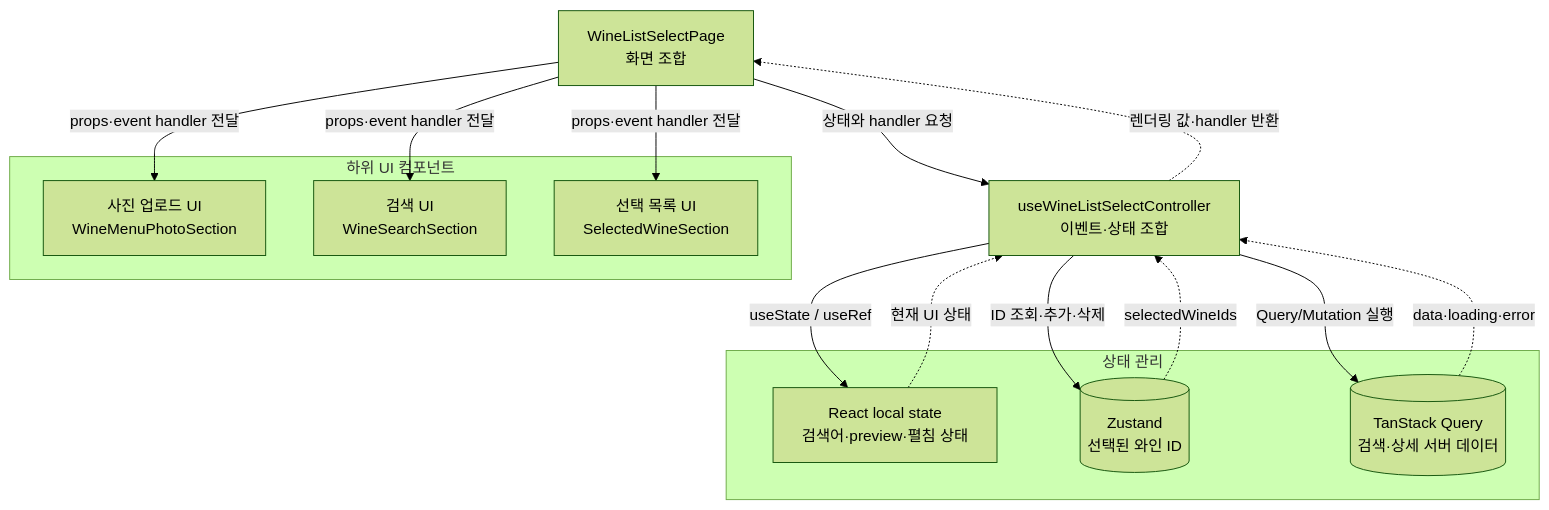
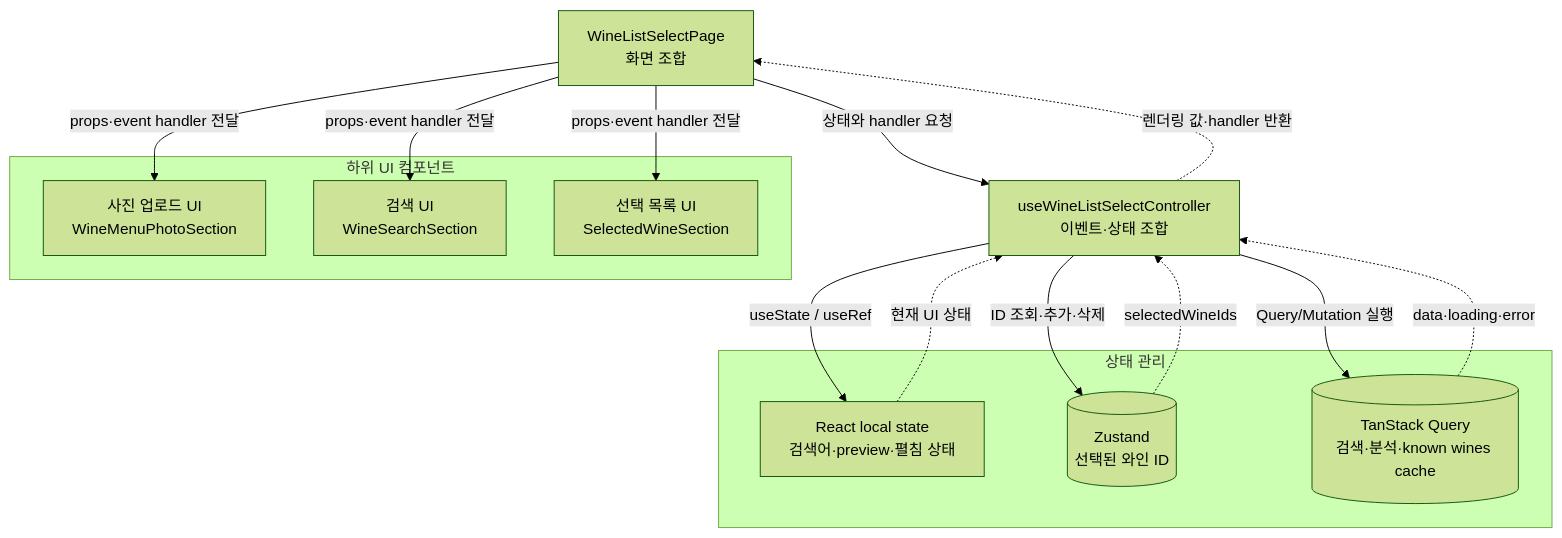
The first of 5 diagrams in docs/wine-list-select-architecture.md (yoounyoungheon/WaMaDae), drawn with Mermaid (forest theme) before and after one commit. The commit also changed other lines of this file and 13 other files, not shown here.

````diff
--- a/docs/wine-list-select-architecture.md
+++ b/docs/wine-list-select-architecture.md
@@ -14,31 +14,31 @@
 ```mermaid
 flowchart TB
   Page["WineListSelectPage<br/>화면 조합"]
   Controller["useWineListSelectController<br/>이벤트·상태 조합"]
 
   subgraph UI["하위 UI 컴포넌트"]
     Photo["사진 업로드 UI<br/>WineMenuPhotoSection"]
     Search["검색 UI<br/>WineSearchSection"]
     Selected["선택 목록 UI<br/>SelectedWineSection"]
   end
 
   subgraph STATE["상태 관리"]
     Local["React local state<br/>검색어·preview·펼침 상태"]
     Store[("Zustand<br/>선택된 와인 ID")]
-    Query[("TanStack Query<br/>검색·상세 서버 데이터")]
+    Query[("TanStack Query<br/>검색·분석·known wines cache")]
   end
 
   Page -->|"props·event handler 전달"| Photo
   Page -->|"props·event handler 전달"| Search
   Page -->|"props·event handler 전달"| Selected
   Page -->|"상태와 handler 요청"| Controller
 
   Controller -->|"useState / useRef"| Local
   Controller -->|"ID 조회·추가·삭제"| Store
   Controller -->|"Query/Mutation 실행"| Query
 
   Local -.->|"현재 UI 상태"| Controller
   Store -.->|"selectedWineIds"| Controller
   Query -.->|"data·loading·error"| Controller
   Controller -.->|"렌더링 값·handler 반환"| Page
 ```
````
